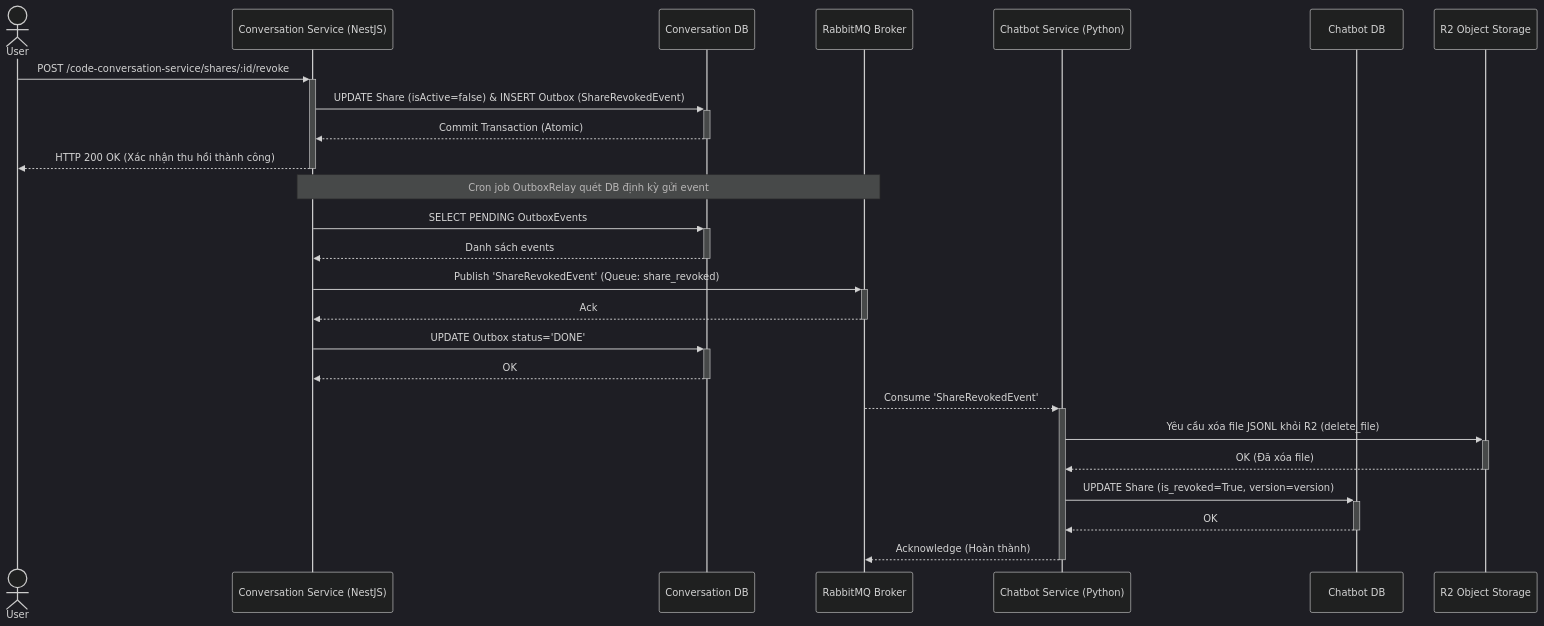
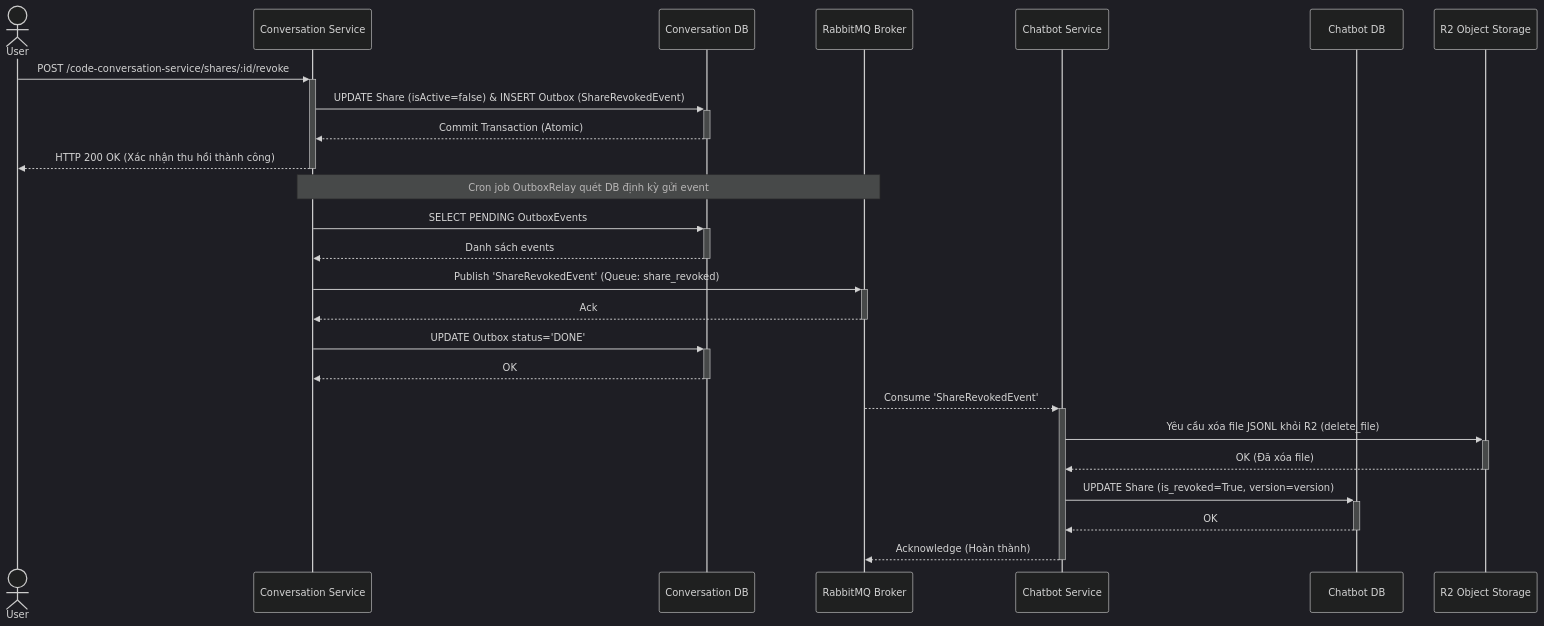
The diagram in docs/1. Tổng quan đề tài/1.3. Bài toán nghiệp vụ/sequence/Revoke-Share-Chat.mmd (20206205Tech/docs-markdown), drawn with Mermaid (dark theme) before and after one commit. The commit also changed 5 other files, not shown here.

```diff
--- a/docs/1. Tổng quan đề tài/1.3. Bài toán nghiệp vụ/sequence/Revoke-Share-Chat.mmd
+++ b/docs/1. Tổng quan đề tài/1.3. Bài toán nghiệp vụ/sequence/Revoke-Share-Chat.mmd
@@ -1,30 +1,30 @@
 
 sequenceDiagram
     actor User
-    participant Conv as Conversation Service (NestJS)
+    participant Conv as Conversation Service
     participant ConvDB as Conversation DB
     participant RabbitMQ as RabbitMQ Broker
-    participant Chatbot as Chatbot Service (Python)
+    participant Chatbot as Chatbot Service
     participant ChatbotDB as Chatbot DB
     participant R2 as R2 Object Storage
 
     User->>+Conv: POST /code-conversation-service/shares/:id/revoke
     Conv->>+ConvDB: UPDATE Share (isActive=false) & INSERT Outbox (ShareRevokedEvent)
     ConvDB-->>-Conv: Commit Transaction (Atomic)
     Conv-->>-User: HTTP 200 OK (Xác nhận thu hồi thành công)
 
     Note over Conv, RabbitMQ: Cron job OutboxRelay quét DB định kỳ gửi event
     Conv->>+ConvDB: SELECT PENDING OutboxEvents
     ConvDB-->>-Conv: Danh sách events
     Conv->>+RabbitMQ: Publish 'ShareRevokedEvent' (Queue: share_revoked)
     RabbitMQ-->>-Conv: Ack
     Conv->>+ConvDB: UPDATE Outbox status='DONE'
     ConvDB-->>-Conv: OK
 
     RabbitMQ-->>+Chatbot: Consume 'ShareRevokedEvent'
     Chatbot->>+R2: Yêu cầu xóa file JSONL khỏi R2 (delete_file)
     R2-->>-Chatbot: OK (Đã xóa file)
 
     Chatbot->>+ChatbotDB: UPDATE Share (is_revoked=True, version=version)
     ChatbotDB-->>-Chatbot: OK
     Chatbot-->>-RabbitMQ: Acknowledge (Hoàn thành)
```
